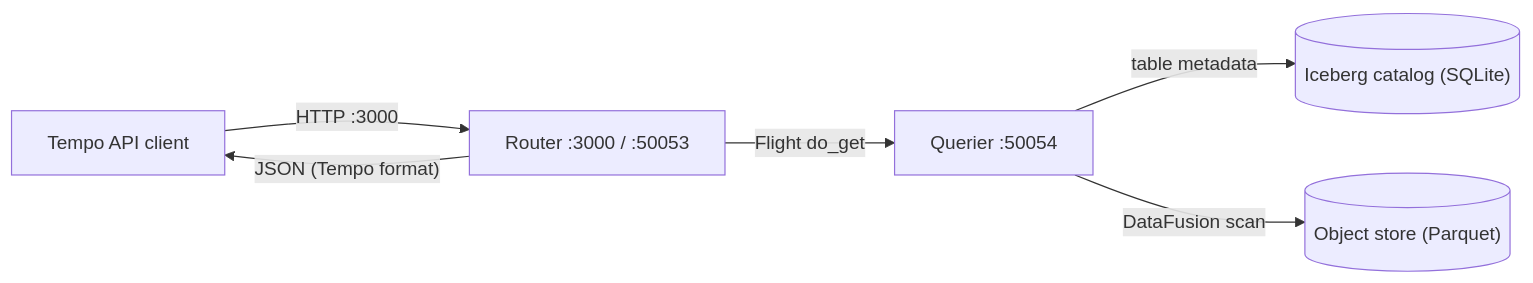
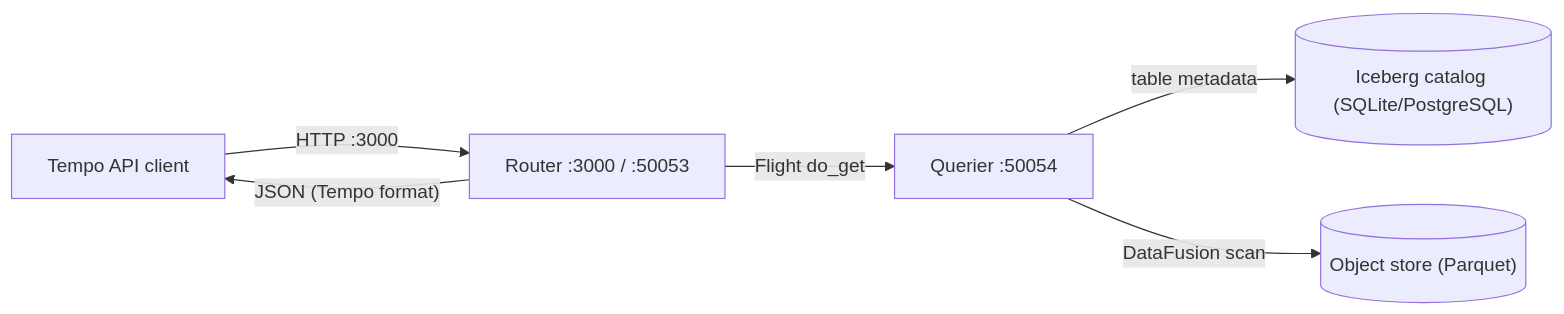
One commit to cedricziel/signaldb changed the second of 2 diagrams in docs/architecture/overview.md. Above: the diagram before and after it, drawn with Mermaid. The commit also changed other lines of this file and 6 other files, not shown here.

First line of the commit message:
feat(iceberg): Postgres backend for the Iceberg SQL catalog (#1529)

````diff
--- a/docs/architecture/overview.md
+++ b/docs/architecture/overview.md
@@ -126,8 +126,8 @@
 ```mermaid
 flowchart LR
     Client["Tempo API client"] -->|"HTTP :3000"| Router["Router :3000 / :50053"]
     Router -->|"Flight do_get"| Querier["Querier :50054"]
-    Querier -->|"table metadata"| Cat[("Iceberg catalog (SQLite)")]
+    Querier -->|"table metadata"| Cat[("Iceberg catalog (SQLite/PostgreSQL)")]
     Querier -->|"DataFusion scan"| Store[("Object store (Parquet)")]
     Router -->|"JSON (Tempo format)"| Client
 ```
````
